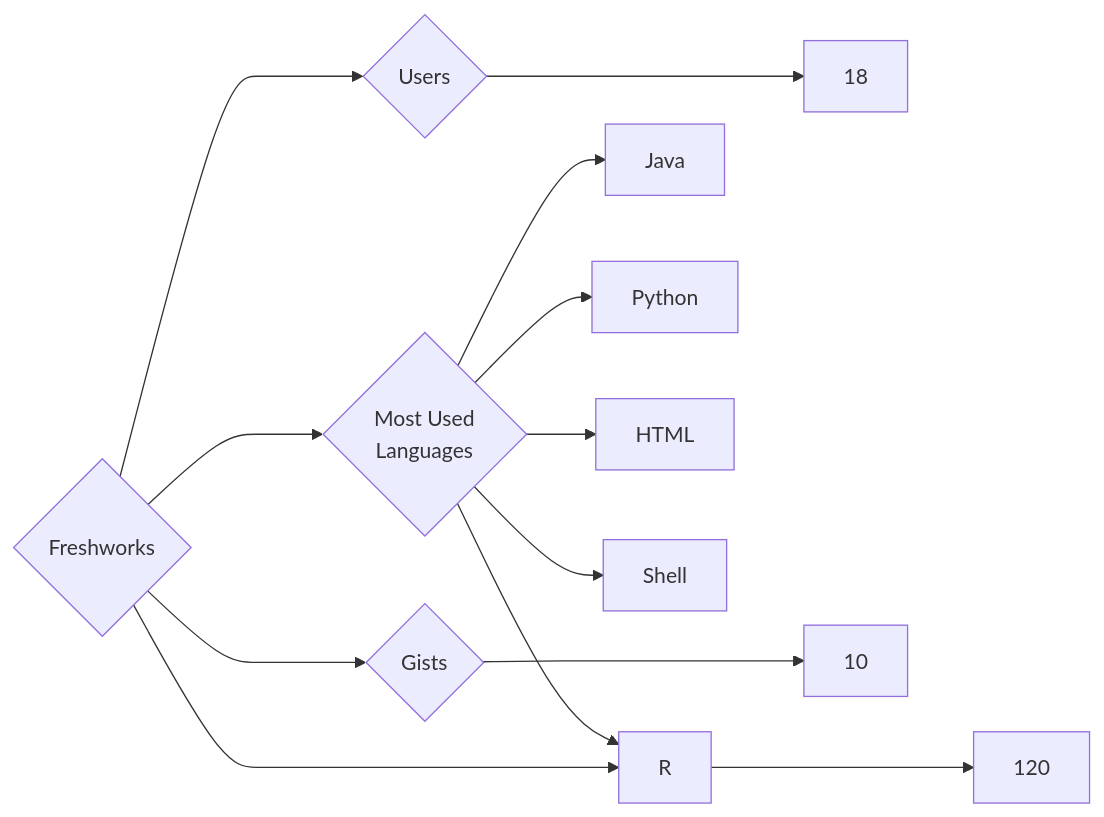
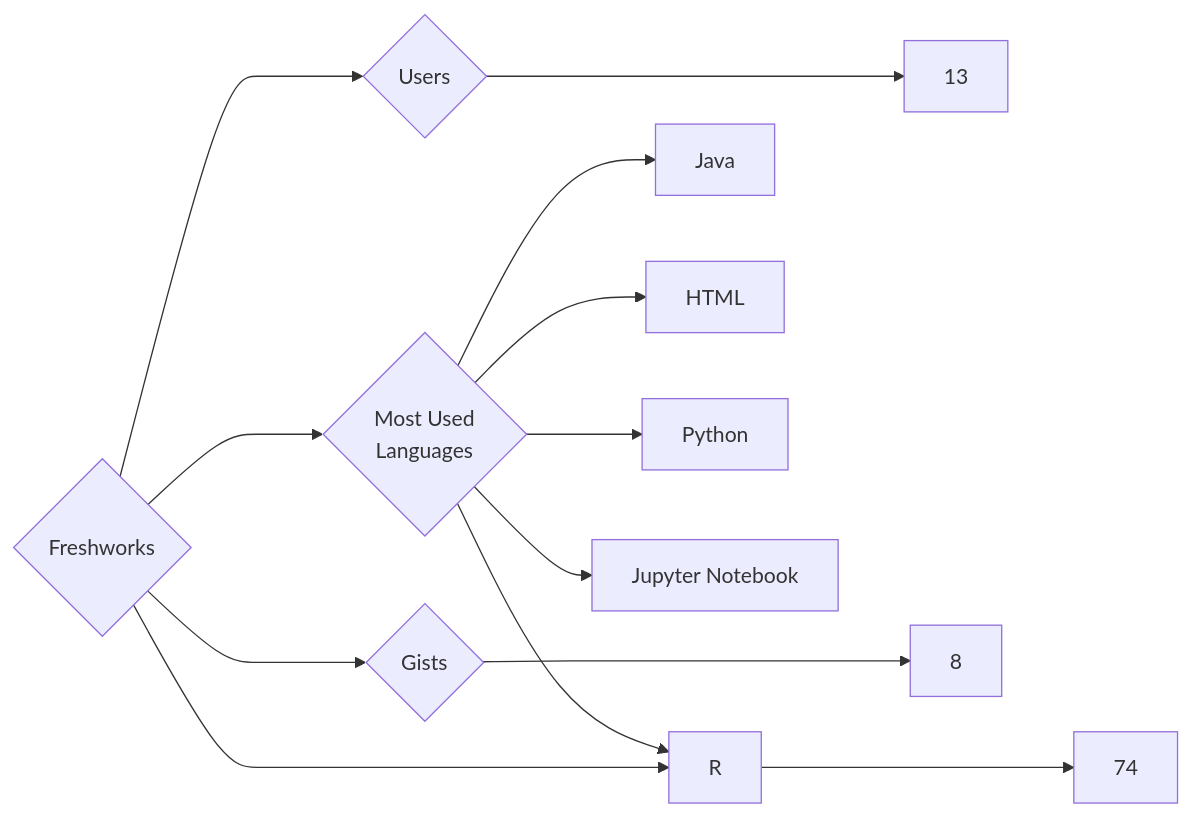
One commit to trickest/insiders changed the diagram in targets/Freshworks/README.md. Above: the diagram before and after it, drawn with Mermaid. The commit also changed 872 other files, not shown here.

````diff
--- a/targets/Freshworks/README.md
+++ b/targets/Freshworks/README.md
@@ -3,13 +3,13 @@
 ```mermaid
 graph LR
 COMPANY_NAME{Freshworks}
-COMPANY_NAME ---> U{Users} ---> UN[18]
-COMPANY_NAME ---> R{Repositories} ---> RN[120]
-COMPANY_NAME ---> G{Gists} ---> GN[10]
+COMPANY_NAME ---> U{Users} ---> UN[13]
+COMPANY_NAME ---> R{Repositories} ---> RN[74]
+COMPANY_NAME ---> G{Gists} ---> GN[8]
 COMPANY_NAME ---> ML{Most Used<br>Languages}
 ML --> Java[Java]
+ML --> HTML[HTML]
 ML --> Python[Python]
-ML --> HTML[HTML]
 ML --> R[R]
-ML --> Shell[Shell]
+ML --> Jupyter_Notebook[Jupyter Notebook]
 ```
````
